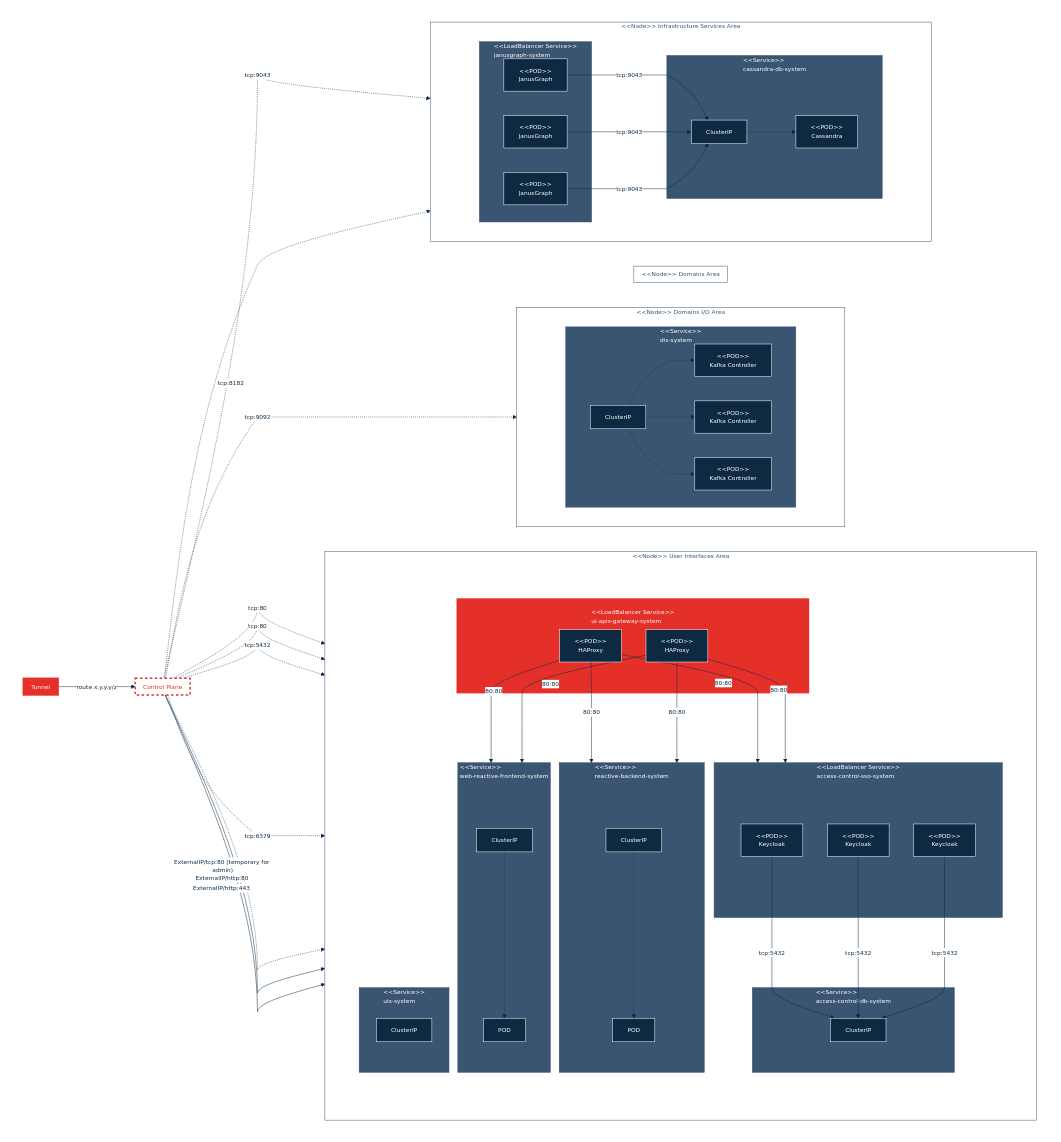
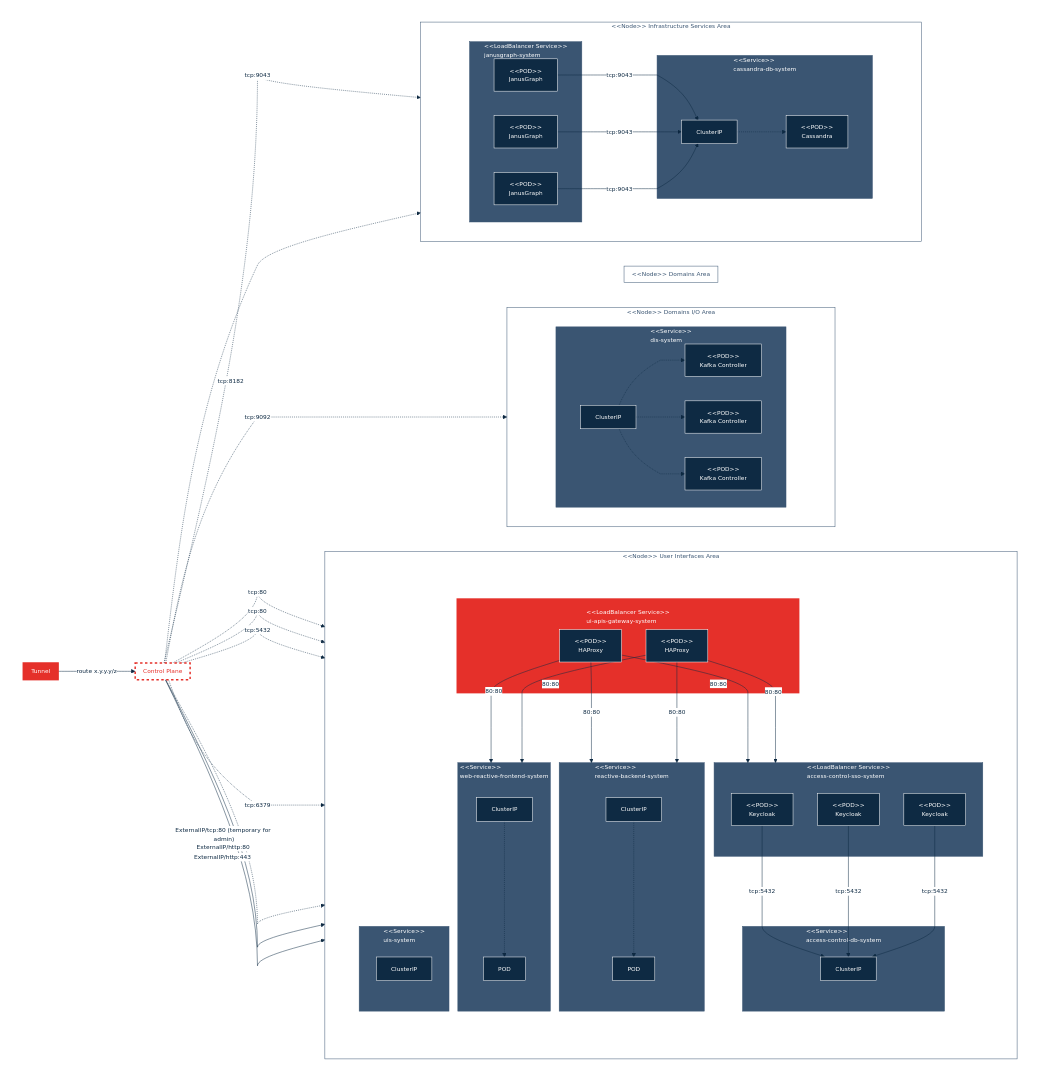
The second of 2 diagrams in cybnity-platform/README.md (cybnity/iac-helm-charts), drawn with Mermaid before and after one commit.

```diff
--- a/cybnity-platform/README.md
+++ b/cybnity-platform/README.md
@@ -259,12 +259,9 @@
             pod2["POD"]
          end
          subgraph service3[" #60;#60;LoadBalancer Service#62;#62; \n access-control-sso-system "]
-            direction LR
-            subgraph ssolayer1[" "]
-               pod3["#60;#60;POD#62;#62; \n Keycloak"]
-               pod4["#60;#60;POD#62;#62; \n Keycloak"]
-               pod5["#60;#60;POD#62;#62; \n Keycloak"]
-            end
+            pod3["#60;#60;POD#62;#62; \n Keycloak"]
+            pod4["#60;#60;POD#62;#62; \n Keycloak"]
+            pod5["#60;#60;POD#62;#62; \n Keycloak"]
          end
          subgraph service4[" #60;#60;Service#62;#62; \n access-control-db-system "]
             clusterip2["ClusterIP"]
@@ -329,7 +326,7 @@
   classDef reddot fill:#fff, stroke:#e5302a, color:#e5302a, stroke-dasharray: 5 5, stroke-width:3px
   classDef dark fill:#0e2a43, stroke:#fff, color:#fff
   classDef internalconfig fill:#0e2a43, stroke:#fff, color:#fff
-  class service1,service2,service3,ssolayer1,service4,service5,service7,service9,service10 mediumfill;
+  class service1,service2,service3,service4,service5,service7,service9,service10 mediumfill;
   class ui,di,da,is medium;
   class pod1,pod2,pod3,pod4,pod5,pod6,pod7,pod8,pod9,pod10,pod11,pod12,podproxy1,podproxy2,clusterip1,clusterip2,clusterip3,clusterip4,clusterip5,clusterip6,clusterip7 dark;
   class tunnel,service8 red;
```
